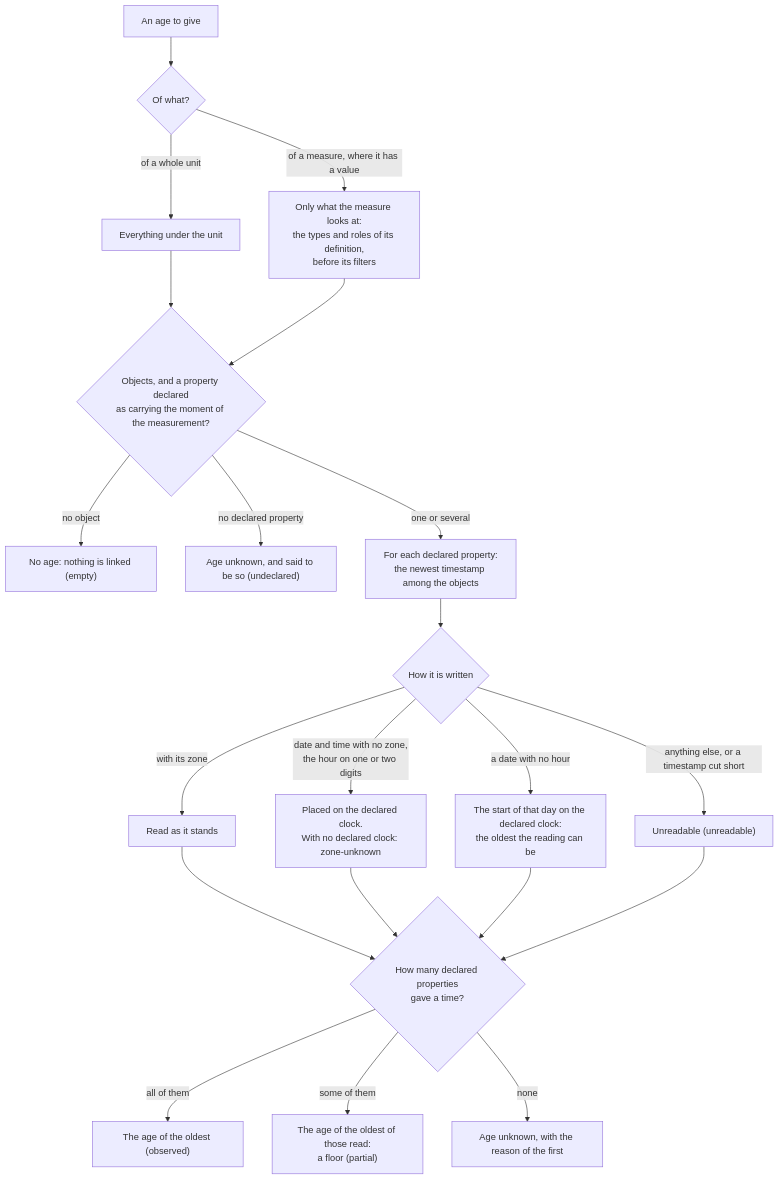
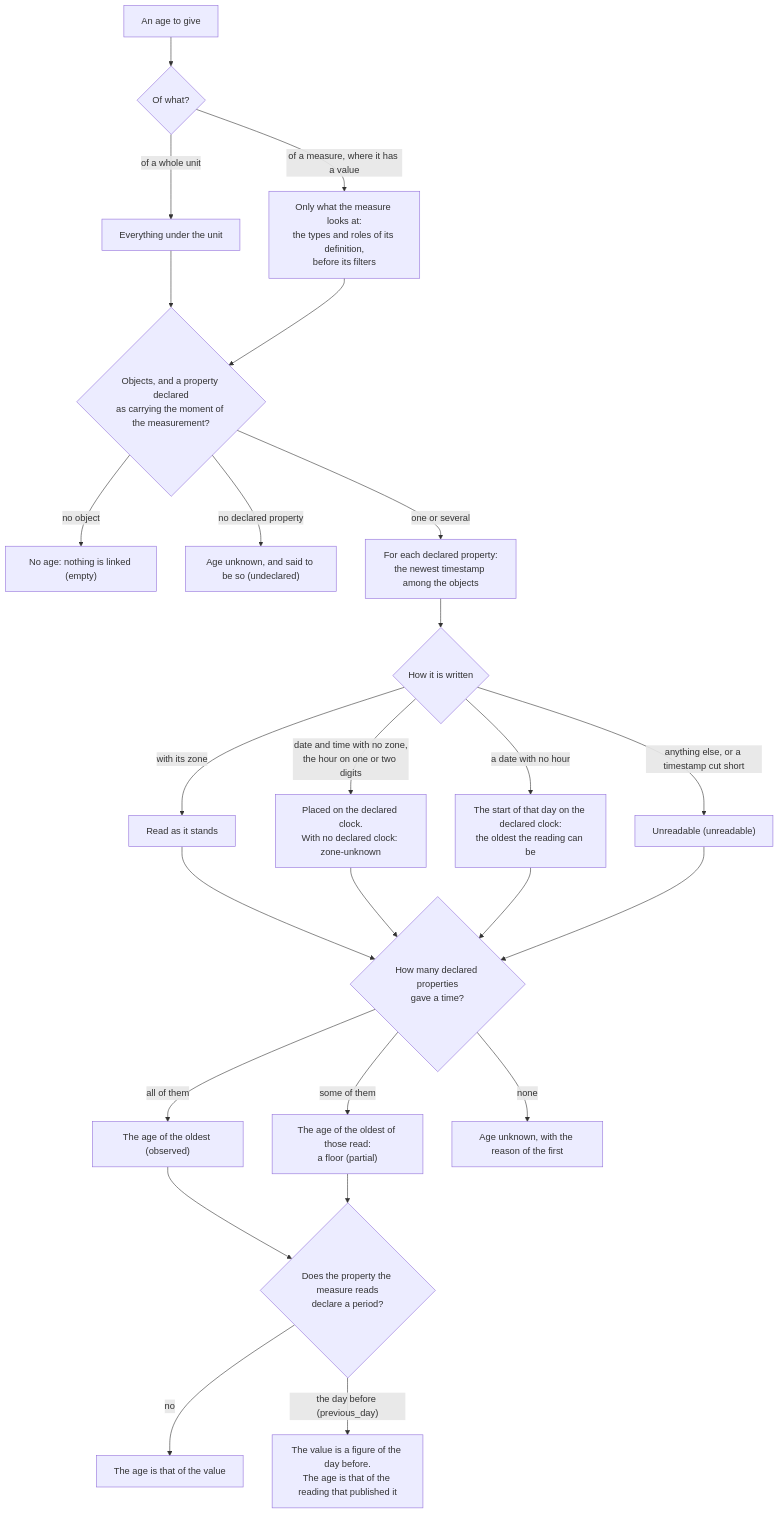
One commit to V1ktor7/obscyro changed diagram 36 of 41 in frontend/content/docs/product/algorithms.md. Above: the diagram before and after it, drawn with Mermaid. The commit also changed other lines of this file and 36 other files, not shown here.

````diff
--- a/frontend/content/docs/product/algorithms.md
+++ b/frontend/content/docs/product/algorithms.md
@@ -1168,23 +1177,27 @@
 ```mermaid
 flowchart TD
     A["An age to give"] --> B{"Of what?"}
     B -->|"of a whole unit"| C["Everything under the unit"]
     B -->|"of a measure, where it has a value"| D["Only what the measure looks at:<br/>the types and roles of its definition,<br/>before its filters"]
     C --> E{"Objects, and a property declared<br/>as carrying the moment of the measurement?"}
     D --> E
     E -->|"no object"| X1["No age: nothing is linked (empty)"]
     E -->|"no declared property"| X2["Age unknown, and said to be so (undeclared)"]
     E -->|"one or several"| F["For each declared property:<br/>the newest timestamp among the objects"]
     F --> G{"How it is written"}
     G -->|"with its zone"| H["Read as it stands"]
     G -->|"date and time with no zone,<br/>the hour on one or two digits"| I["Placed on the declared clock.<br/>With no declared clock: zone-unknown"]
     G -->|"a date with no hour"| J["The start of that day on the declared clock:<br/>the oldest the reading can be"]
     G -->|"anything else, or a timestamp cut short"| K["Unreadable (unreadable)"]
     H --> L{"How many declared properties<br/>gave a time?"}
     I --> L
     J --> L
     K --> L
     L -->|"all of them"| M["The age of the oldest (observed)"]
     L -->|"some of them"| N["The age of the oldest of those read:<br/>a floor (partial)"]
     L -->|"none"| O["Age unknown, with the reason of the first"]
+    M --> P{"Does the property the measure reads<br/>declare a period?"}
+    N --> P
+    P -->|"no"| Q["The age is that of the value"]
+    P -->|"the day before (previous_day)"| R["The value is a figure of the day before.<br/>The age is that of the reading that published it"]
 ```
````
